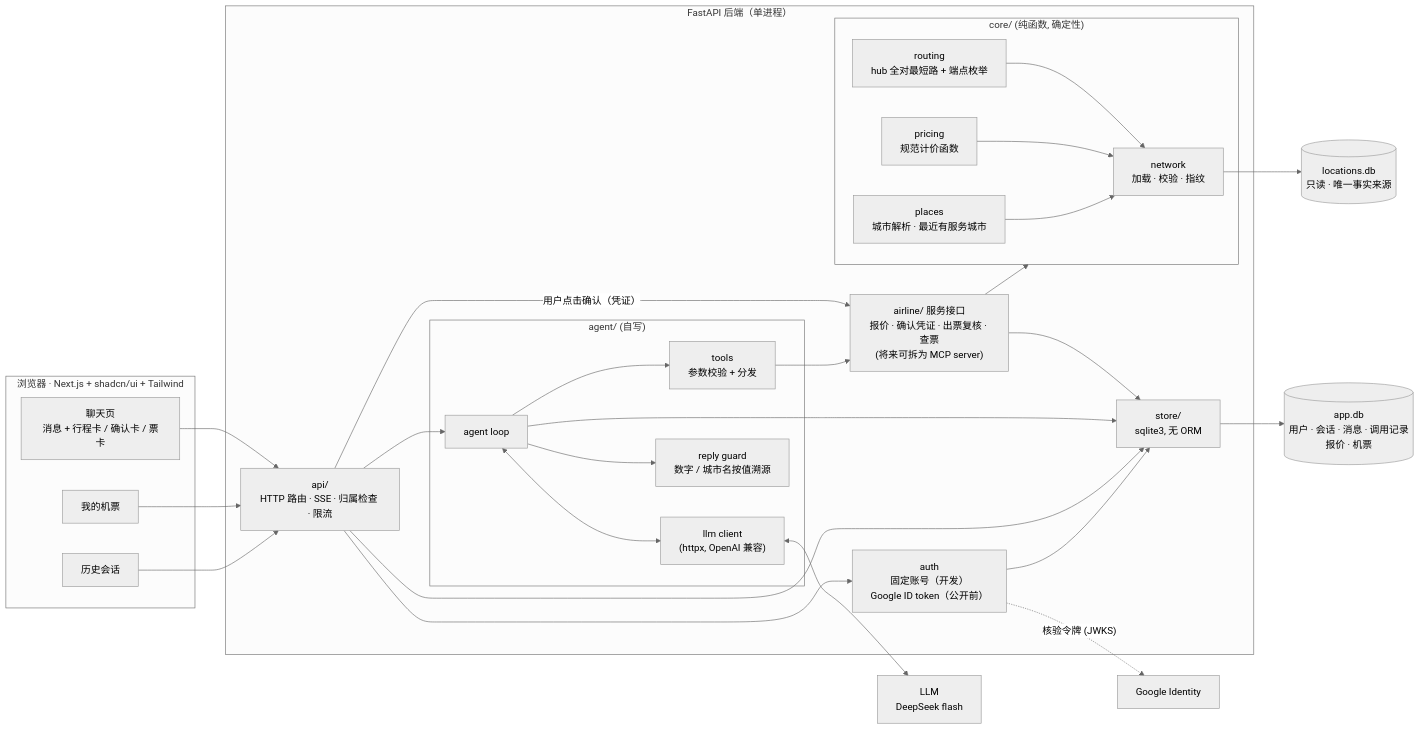
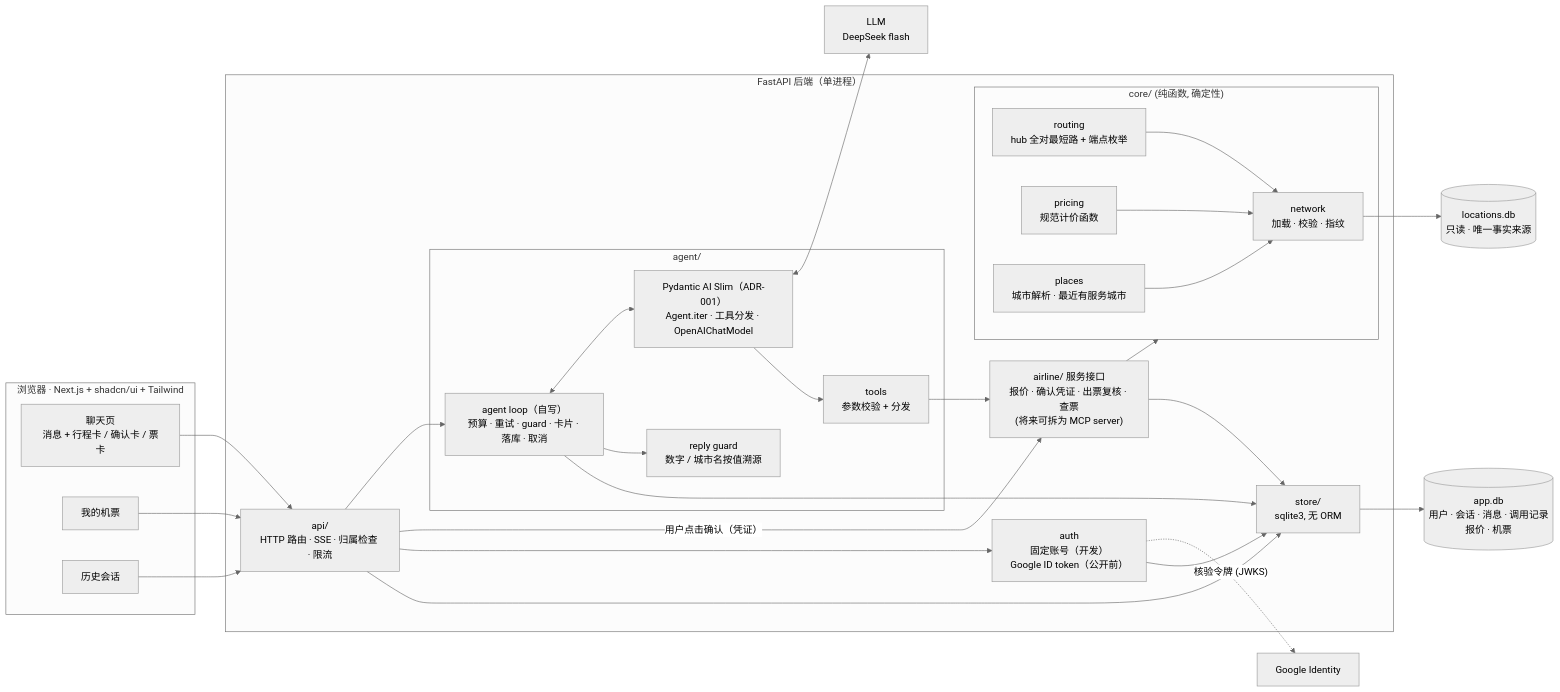
One commit to chux0519/ocean-above changed the first of 7 diagrams in docs/design/design.md. Above: the diagram before and after it, drawn with Mermaid (neutral theme). The commit also changed other lines of this file and 2 other files, not shown here.

Commit message:
design §2/§4.10, ADR-001 amendments, README after runtime migration (#49)

````diff
--- a/docs/design/design.md
+++ b/docs/design/design.md
@@ -47,45 +47,45 @@
 ```mermaid
 flowchart LR
   subgraph Browser["浏览器 · Next.js + shadcn/ui + Tailwind"]
     UI_Chat["聊天页<br/>消息 + 行程卡 / 确认卡 / 票卡"]
     UI_Tickets["我的机票"]
     UI_History["历史会话"]
   end
 
   subgraph Backend["FastAPI 后端（单进程）"]
     API["api/<br/>HTTP 路由 · SSE · 归属检查 · 限流"]
-    subgraph Agent["agent/ (自写)"]
-      Loop["agent loop"]
-      LLMC["llm client<br/>(httpx, OpenAI 兼容)"]
+    subgraph Agent["agent/"]
+      Loop["agent loop（自写）<br/>预算 · 重试 · guard · 卡片 · 落库 · 取消"]
+      Runtime["Pydantic AI Slim（ADR-001）<br/>Agent.iter · 工具分发 · OpenAIChatModel"]
       Tools["tools<br/>参数校验 + 分发"]
       Guard["reply guard<br/>数字 / 城市名按值溯源"]
     end
     Airline["airline/ 服务接口<br/>报价 · 确认凭证 · 出票复核 · 查票<br/>(将来可拆为 MCP server)"]
     Auth["auth<br/>固定账号（开发）<br/>Google ID token（公开前）"]
     subgraph Core["core/ (纯函数, 确定性)"]
       Net["network<br/>加载 · 校验 · 指纹"]
       Route["routing<br/>hub 全对最短路 + 端点枚举"]
       Price["pricing<br/>规范计价函数"]
       Places["places<br/>城市解析 · 最近有服务城市"]
     end
     Store["store/<br/>sqlite3, 无 ORM"]
   end
 
   LDB[("locations.db<br/>只读 · 唯一事实来源")]
   ADB[("app.db<br/>用户 · 会话 · 消息 · 调用记录<br/>报价 · 机票")]
   LLM["LLM<br/>DeepSeek flash"]
 
   UI_Chat & UI_Tickets & UI_History --> API
   API --> Loop
   API -->|"用户点击确认（凭证）"| Airline
-  Loop <--> LLMC <--> LLM
-  Loop --> Tools --> Airline --> Core
+  Loop <--> Runtime <--> LLM
+  Runtime --> Tools --> Airline --> Core
   Loop --> Guard
   API --> Auth
   Auth -.->|"核验令牌 (JWKS)"| Google["Google Identity"]
   Net --> LDB
   Route --> Net
   Price --> Net
   Places --> Net
   Airline & Loop & API & Auth --> Store --> ADB
 ```
````
